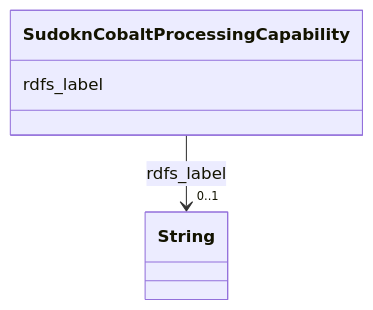
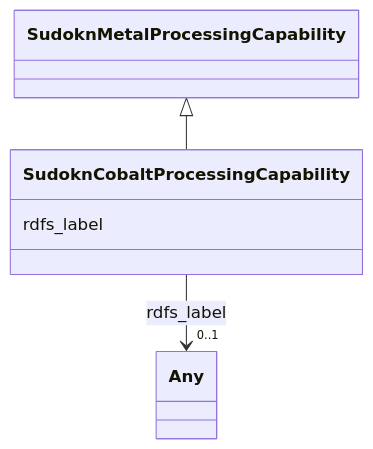
Before and after one commit to frink-okn/graph-descriptions: the diagram in sudokn-kg/classes/SudoknCobaltProcessingCapability.md, drawn with Mermaid. The commit also changed other lines of this file and 903 other files, not shown here.

````diff
--- a/sudokn-kg/classes/SudoknCobaltProcessingCapability.md
+++ b/sudokn-kg/classes/SudoknCobaltProcessingCapability.md
@@ -23,15 +18,18 @@
 ```mermaid
  classDiagram
     class SudoknCobaltProcessingCapability
     click SudoknCobaltProcessingCapability href "../SudoknCobaltProcessingCapability"
+      SudoknMetalProcessingCapability <|-- SudoknCobaltProcessingCapability
+        click SudoknMetalProcessingCapability href "../SudoknMetalProcessingCapability"
+      
       SudoknCobaltProcessingCapability : rdfs_label
         
           
     
     
-    SudoknCobaltProcessingCapability --> "0..1" String : rdfs_label
-    click String href "../String"
+    SudoknCobaltProcessingCapability --> "0..1" Any : rdfs_label
+    click Any href "../Any"
 
         
       
 ```
````
